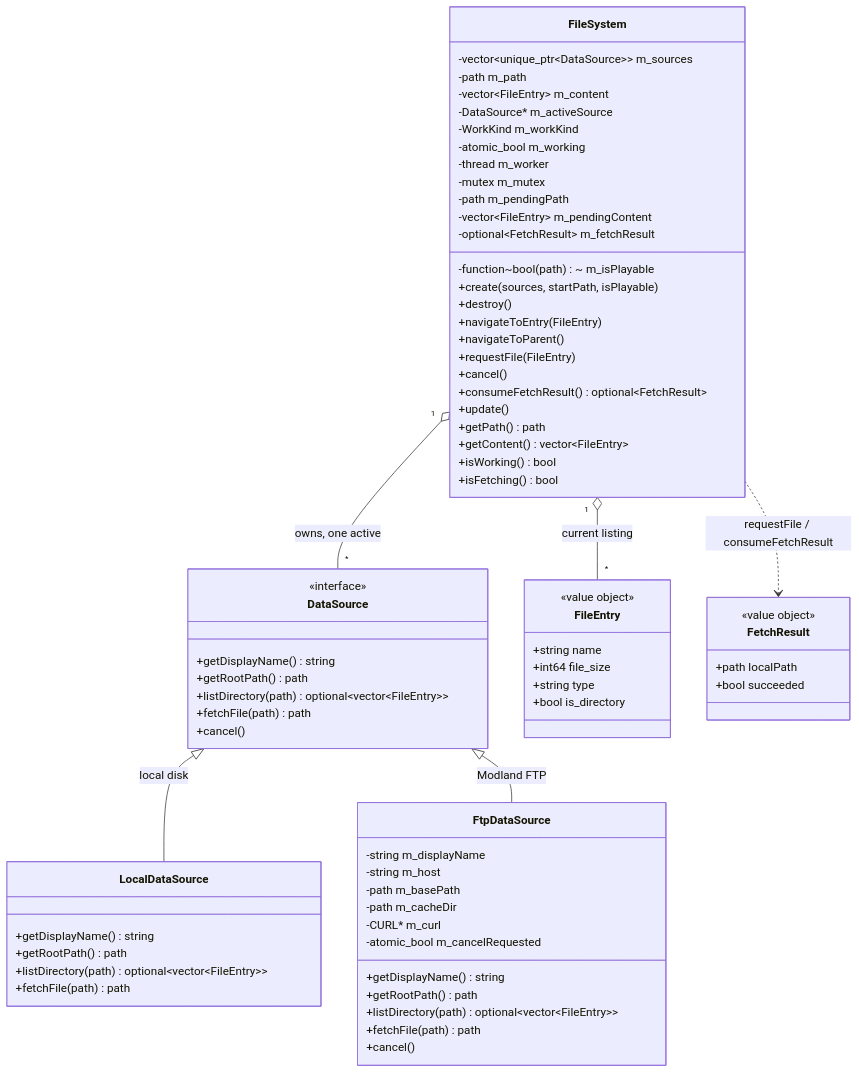
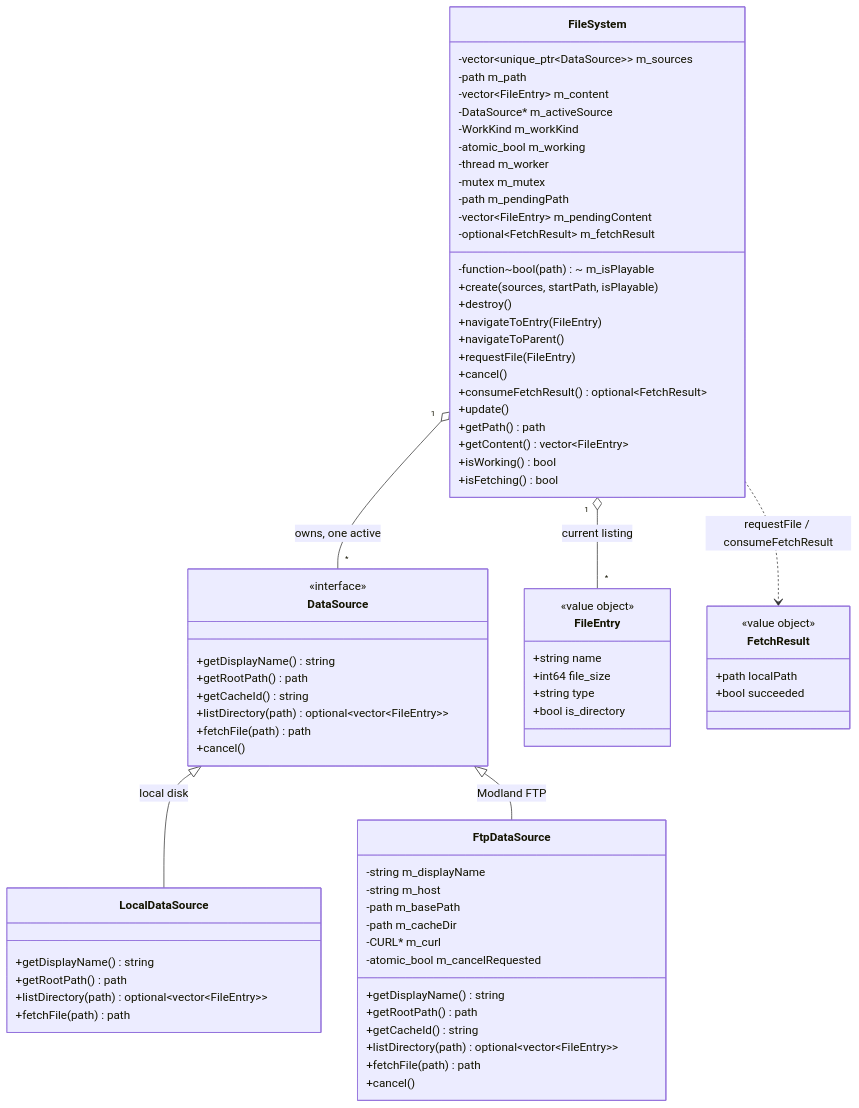
Before and after one commit to notnotme/osp2: the diagram in docs/filesystem.md, drawn with Mermaid. The commit also changed other lines of this file and 21 other files, not shown here.

````diff
--- a/docs/filesystem.md
+++ b/docs/filesystem.md
@@ -15,79 +15,81 @@
 ```mermaid
 classDiagram
     class DataSource {
         <<interface>>
         +getDisplayName() string
         +getRootPath() path
+        +getCacheId() string
         +listDirectory(path) optional~vector~FileEntry~~
         +fetchFile(path) path
         +cancel()
     }
 
     class LocalDataSource {
         +getDisplayName() string
         +getRootPath() path
         +listDirectory(path) optional~vector~FileEntry~~
         +fetchFile(path) path
     }
 
     class FtpDataSource {
         -string m_displayName
         -string m_host
         -path m_basePath
         -path m_cacheDir
         -CURL* m_curl
         -atomic_bool m_cancelRequested
         +getDisplayName() string
         +getRootPath() path
+        +getCacheId() string
         +listDirectory(path) optional~vector~FileEntry~~
         +fetchFile(path) path
         +cancel()
     }
 
     class FileSystem {
         -vector~unique_ptr~DataSource~~ m_sources
         -function~bool(path)~ m_isPlayable
         -path m_path
         -vector~FileEntry~ m_content
         -DataSource* m_activeSource
         -WorkKind m_workKind
         -atomic_bool m_working
         -thread m_worker
         -mutex m_mutex
         -path m_pendingPath
         -vector~FileEntry~ m_pendingContent
         -optional~FetchResult~ m_fetchResult
         +create(sources, startPath, isPlayable)
         +destroy()
         +navigateToEntry(FileEntry)
         +navigateToParent()
         +requestFile(FileEntry)
         +cancel()
         +consumeFetchResult() optional~FetchResult~
         +update()
         +getPath() path
         +getContent() vector~FileEntry~
         +isWorking() bool
         +isFetching() bool
     }
 
     class FileEntry {
         <<value object>>
         +string name
         +int64 file_size
         +string type
         +bool is_directory
     }
 
     class FetchResult {
         <<value object>>
         +path localPath
         +bool succeeded
     }
 
     DataSource <|-- LocalDataSource : local disk
     DataSource <|-- FtpDataSource : Modland FTP
     FileSystem "1" o-- "*" DataSource : owns, one active
     FileSystem "1" o-- "*" FileEntry : current listing
     FileSystem ..> FetchResult : requestFile / consumeFetchResult
 ```
````
